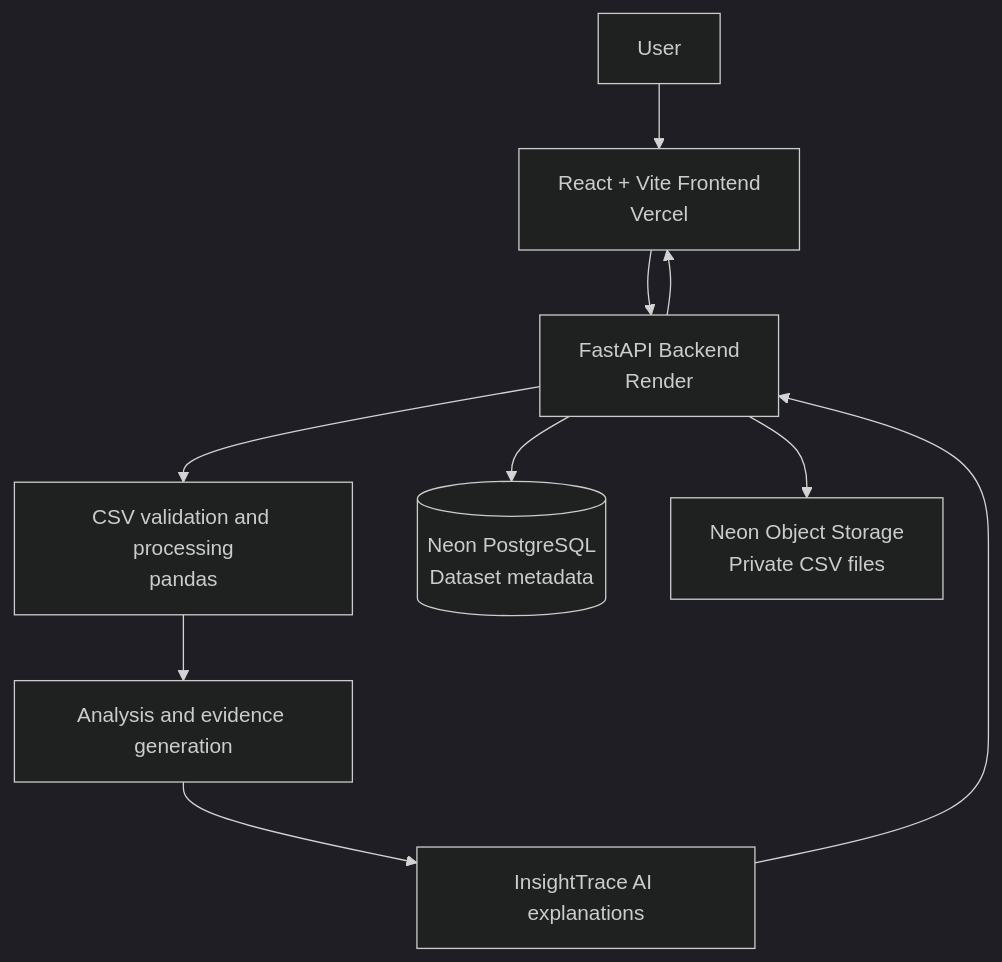
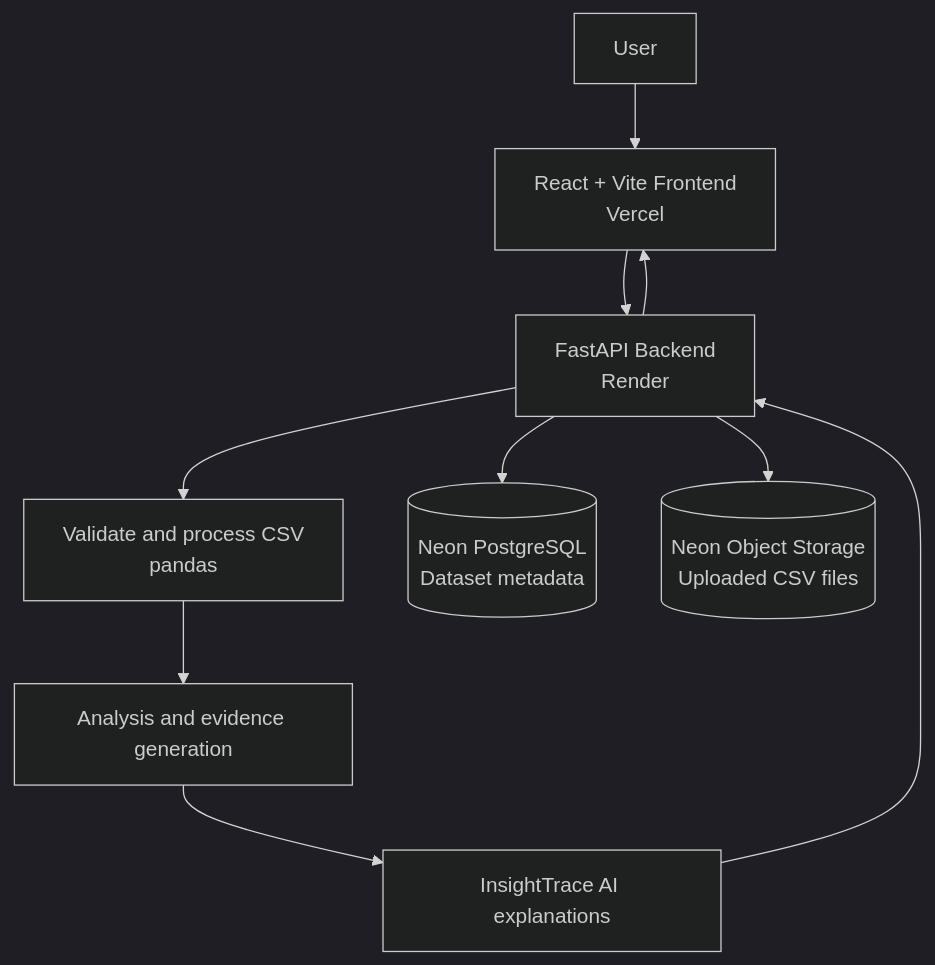
Before and after one commit to KavyaRaghuvanshi/AI-Business-Intelligence-Platform: the diagram in README.md, drawn with Mermaid (dark theme). The commit also changed other lines of this file, not shown here.

````diff
--- a/README.md
+++ b/README.md
@@ -80,12 +115,12 @@
 ```mermaid
 flowchart TD
     A[User] --> B[React + Vite Frontend<br/>Vercel]
     B --> C[FastAPI Backend<br/>Render]
-    C --> D[CSV validation and processing<br/>pandas]
+    C --> D[Validate and process CSV<br/>pandas]
     C --> E[(Neon PostgreSQL<br/>Dataset metadata)]
-    C --> F[Neon Object Storage<br/>Private CSV files]
+    C --> F[(Neon Object Storage<br/>Uploaded CSV files)]
     D --> G[Analysis and evidence generation]
     G --> H[InsightTrace AI explanations]
     H --> C
     C --> B
 ```
````
